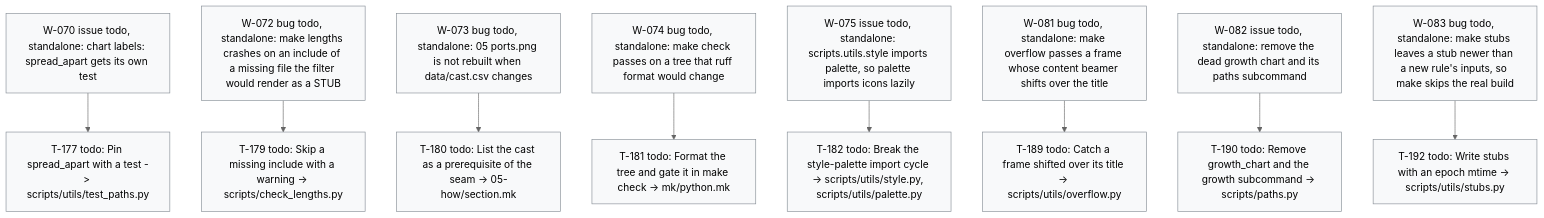
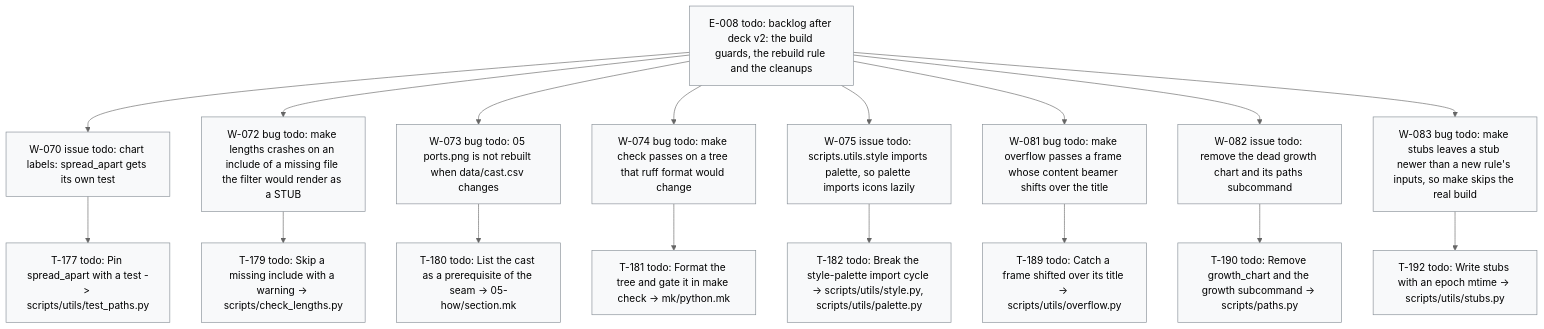
The diagram in .board/BOARD.md (dpopchev/chaos-to-simple), drawn with Mermaid (neutral theme) before and after one commit. The commit also changed other lines of this file and 10 other files, not shown here.

First line of the commit message:
chore(board): plan E-008 -- the deck v2 backlog under one burn

````diff
--- a/.board/BOARD.md
+++ b/.board/BOARD.md
@@ -484,25 +485,26 @@
 ```mermaid
 flowchart TD
-  W070["W-070 issue todo, standalone: chart labels: spread_apart gets its own test"]
+  E008["E-008 todo: backlog after deck v2: the build guards, the rebuild rule and the cleanups"]
+  E008 --> W070["W-070 issue todo: chart labels: spread_apart gets its own test"]
   W070 --> T177["T-177 todo: Pin spread_apart with a test -> scripts/utils/test_paths.py"]
-  W072["W-072 bug todo, standalone: make lengths crashes on an include of a missing file the filter would render as a STUB"]
+  E008 --> W072["W-072 bug todo: make lengths crashes on an include of a missing file the filter would render as a STUB"]
   W072 --> T179["T-179 todo: Skip a missing include with a warning -> scripts/check_lengths.py"]
-  W073["W-073 bug todo, standalone: 05 ports.png is not rebuilt when data/cast.csv changes"]
+  E008 --> W073["W-073 bug todo: 05 ports.png is not rebuilt when data/cast.csv changes"]
   W073 --> T180["T-180 todo: List the cast as a prerequisite of the seam -> 05-how/section.mk"]
-  W074["W-074 bug todo, standalone: make check passes on a tree that ruff format would change"]
+  E008 --> W074["W-074 bug todo: make check passes on a tree that ruff format would change"]
   W074 --> T181["T-181 todo: Format the tree and gate it in make check -> mk/python.mk"]
-  W075["W-075 issue todo, standalone: scripts.utils.style imports palette, so palette imports icons lazily"]
+  E008 --> W075["W-075 issue todo: scripts.utils.style imports palette, so palette imports icons lazily"]
   W075 --> T182["T-182 todo: Break the style-palette import cycle -> scripts/utils/style.py, scripts/utils/palette.py"]
-  W081["W-081 bug todo, standalone: make overflow passes a frame whose content beamer shifts over the title"]
+  E008 --> W081["W-081 bug todo: make overflow passes a frame whose content beamer shifts over the title"]
   W081 --> T189["T-189 todo: Catch a frame shifted over its title -> scripts/utils/overflow.py"]
-  W082["W-082 issue todo, standalone: remove the dead growth chart and its paths subcommand"]
+  E008 --> W082["W-082 issue todo: remove the dead growth chart and its paths subcommand"]
   W082 --> T190["T-190 todo: Remove growth_chart and the growth subcommand -> scripts/paths.py"]
-  W083["W-083 bug todo, standalone: make stubs leaves a stub newer than a new rule's inputs, so make skips the real build"]
+  E008 --> W083["W-083 bug todo: make stubs leaves a stub newer than a new rule's inputs, so make skips the real build"]
   W083 --> T192["T-192 todo: Write stubs with an epoch mtime -> scripts/utils/stubs.py"]
   classDef doing fill:#fff3bf,stroke:#b58900,color:#000;
   classDef blocked fill:#ffe3e3,stroke:#c92a2a,color:#000;
   classDef done fill:#e6ffed,stroke:#2b8a3e,color:#000;
   classDef todo fill:#f8f9fa,stroke:#868e96,color:#000;
   classDef pruned fill:#f1f3f5,stroke:#adb5bd,color:#000;
-  class W070,T177,W072,T179,W073,T180,W074,T181,W075,T182,W081,T189,W082,T190,W083,T192 todo
+  class E008,W070,T177,W072,T179,W073,T180,W074,T181,W075,T182,W081,T189,W082,T190,W083,T192 todo
 ```
````
